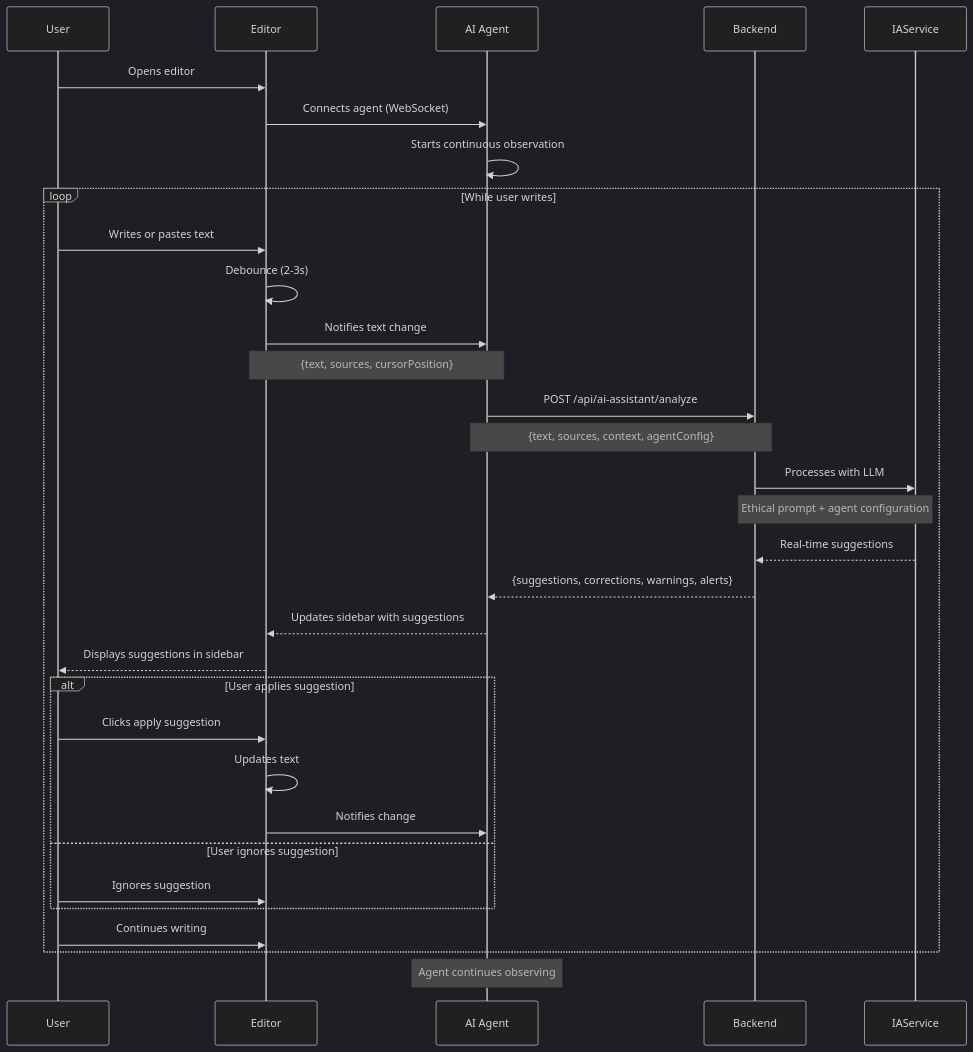
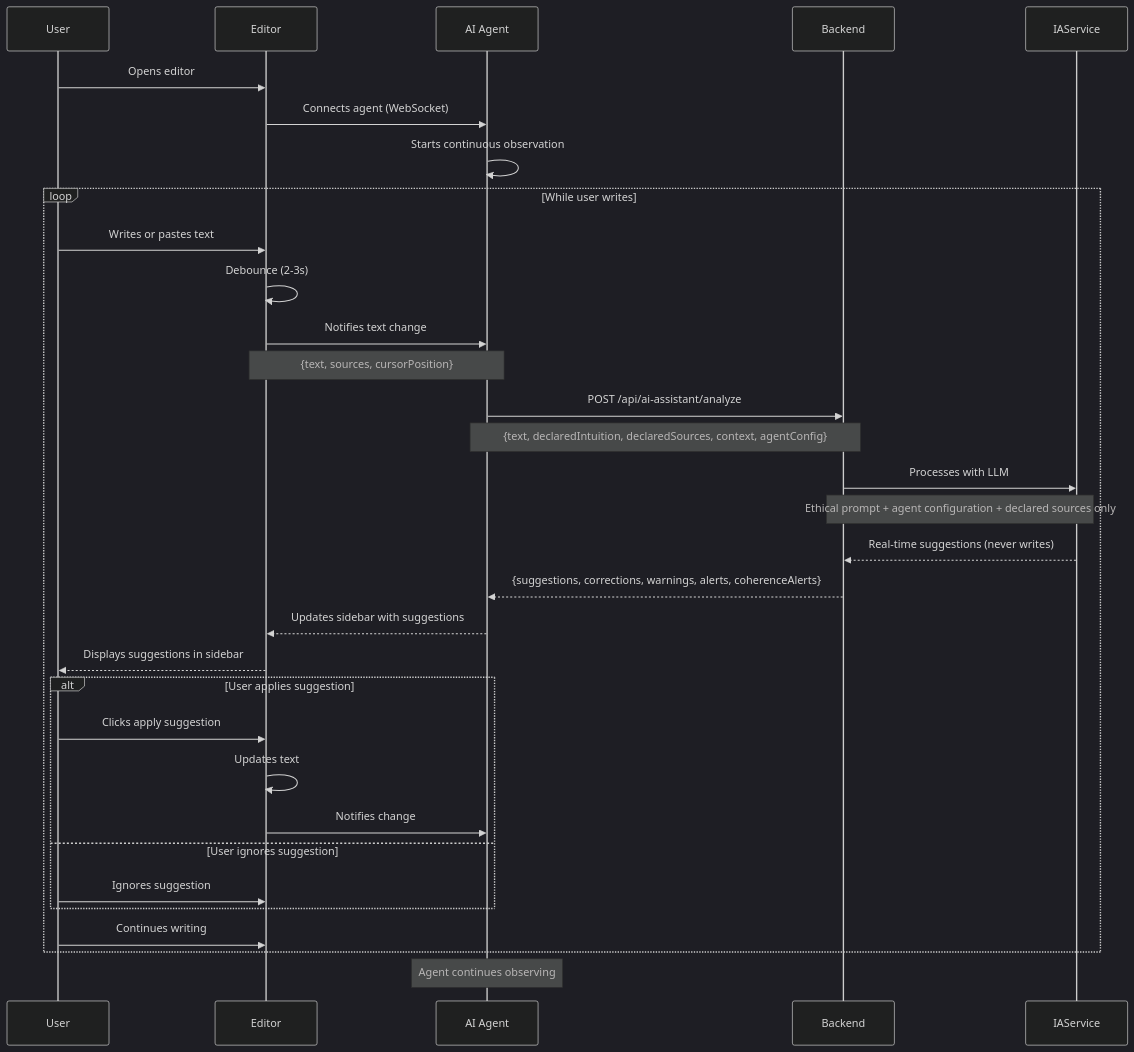
The first of 15 diagrams in docs/USE_CASES.md (DeegaLabs/aurora-scholar), drawn with Mermaid (dark theme) before and after one commit. The commit also changed other lines of this file, not shown here.

Commit message:
docs: update use cases with three-layer system and declared sources

````diff
--- a/docs/USE_CASES.md
+++ b/docs/USE_CASES.md
@@ -50,41 +56,41 @@
 ```mermaid
 sequenceDiagram
     participant Usuario as User
     participant Editor
     participant Agent as AI Agent
     participant Backend
     participant IAService
 
     Usuario->>Editor: Opens editor
     Editor->>Agent: Connects agent (WebSocket)
     Agent->>Agent: Starts continuous observation
     
     loop While user writes
         Usuario->>Editor: Writes or pastes text
         Editor->>Editor: Debounce (2-3s)
         Editor->>Agent: Notifies text change
         Note over Editor,Agent: {text, sources, cursorPosition}
         
         Agent->>Backend: POST /api/ai-assistant/analyze
-        Note over Agent,Backend: {text, sources, context, agentConfig}
+        Note over Agent,Backend: {text, declaredIntuition, declaredSources, context, agentConfig}
         Backend->>IAService: Processes with LLM
-        Note over Backend,IAService: Ethical prompt + agent configuration
-        IAService-->>Backend: Real-time suggestions
-        Backend-->>Agent: {suggestions, corrections, warnings, alerts}
+        Note over Backend,IAService: Ethical prompt + agent configuration + declared sources only
+        IAService-->>Backend: Real-time suggestions (never writes)
+        Backend-->>Agent: {suggestions, corrections, warnings, alerts, coherenceAlerts}
         Agent-->>Editor: Updates sidebar with suggestions
         
         Editor-->>Usuario: Displays suggestions in sidebar
         
         alt User applies suggestion
             Usuario->>Editor: Clicks apply suggestion
             Editor->>Editor: Updates text
             Editor->>Agent: Notifies change
         else User ignores suggestion
             Usuario->>Editor: Ignores suggestion
         end
         
         Usuario->>Editor: Continues writing
     end
     
     Note over Agent: Agent continues observing
 ```
````
